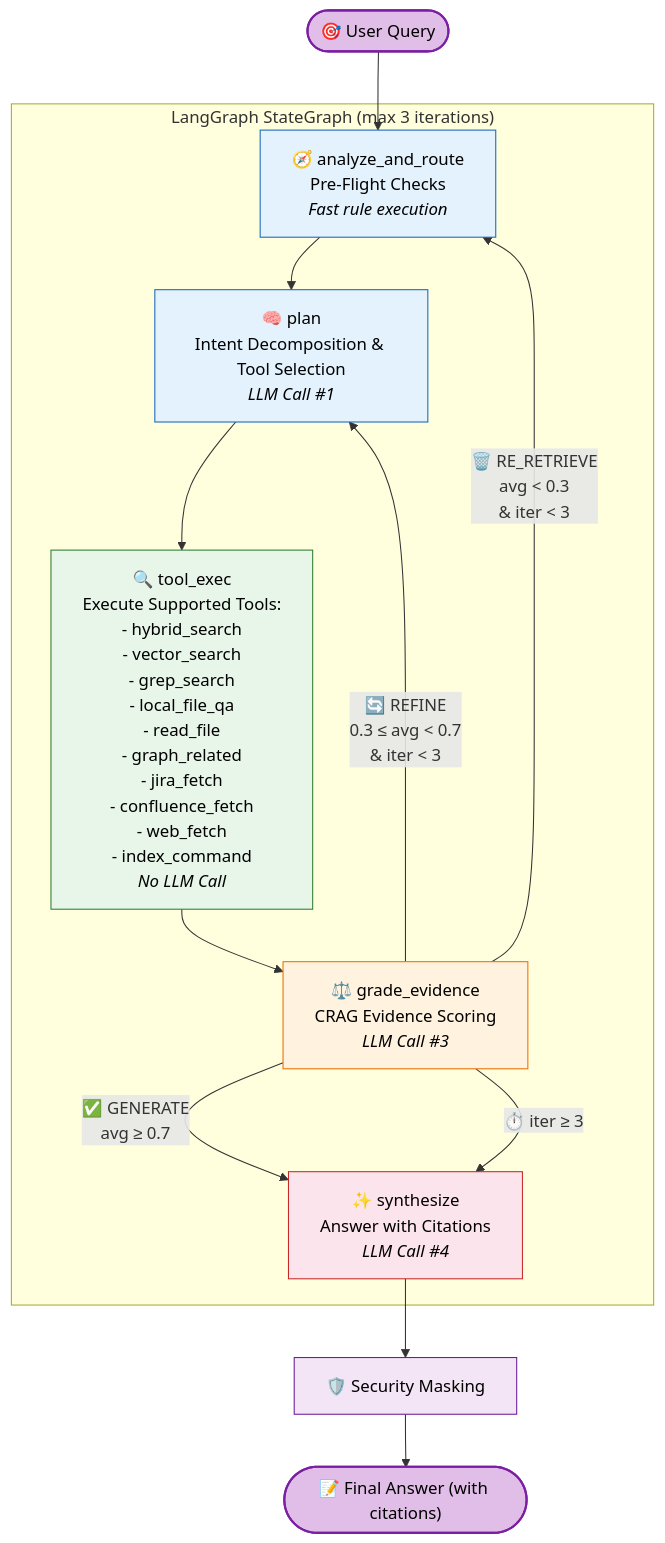
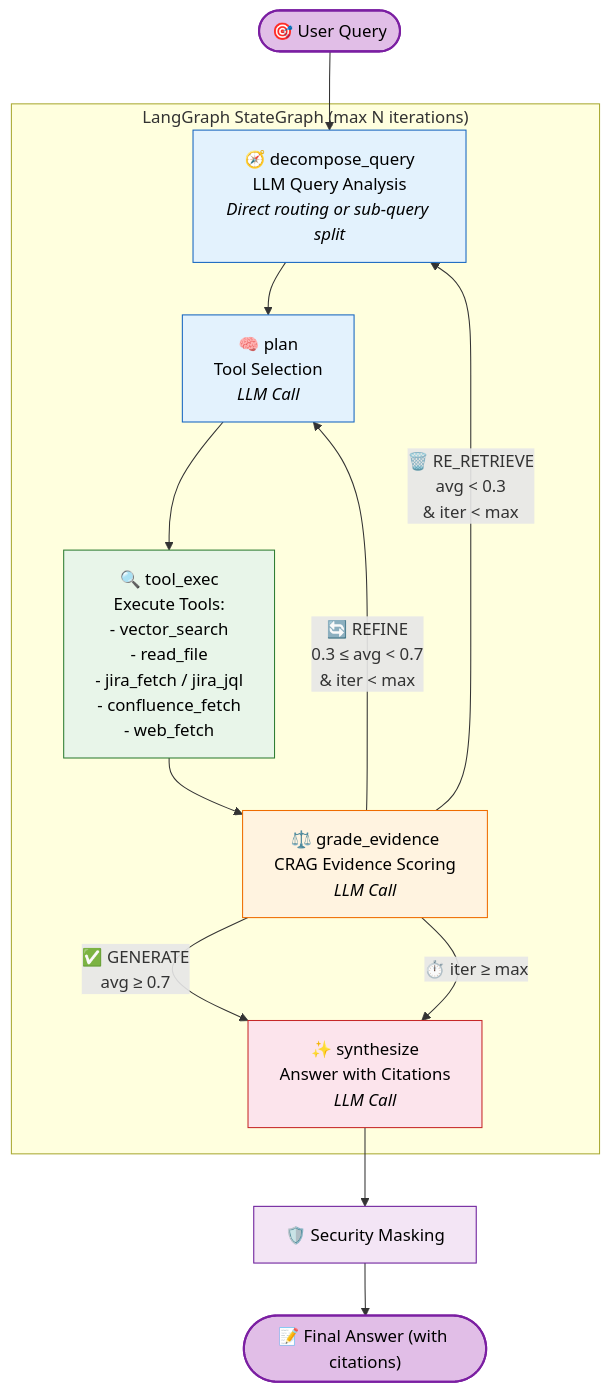
The diagram in README.md (coin1860/kb-agent), drawn with Mermaid before and after one commit. The commit also changed other lines of this file, not shown here.

````diff
--- a/README.md
+++ b/README.md
@@ -83,32 +82,32 @@
 ```mermaid
 graph TD
-    Start(["🎯 User Query"]) --> Analyze
+    Start(["🎯 User Query"]) --> Decompose
 
-    subgraph "LangGraph StateGraph (max 3 iterations)"
-        Analyze["🧭 analyze_and_route<br/>Pre-Flight Checks<br/><i>Fast rule execution</i>"]
-        Plan["🧠 plan<br/>Intent Decomposition & Tool Selection<br/><i>LLM Call #1</i>"]
-        ToolExec["🔍 tool_exec<br/>Execute Supported Tools:<br/>- hybrid_search<br/>- vector_search<br/>- grep_search<br/>- local_file_qa<br/>- read_file<br/>- graph_related<br/>- jira_fetch<br/>- confluence_fetch<br/>- web_fetch<br/>- index_command<br/><i>No LLM Call</i>"]
-        Grade["⚖️ grade_evidence<br/>CRAG Evidence Scoring<br/><i>LLM Call #3</i>"]
-        Synth["✨ synthesize<br/>Answer with Citations<br/><i>LLM Call #4</i>"]
+    subgraph "LangGraph StateGraph (max N iterations)"
+        Decompose["🧭 decompose_query<br/>LLM Query Analysis<br/><i>Direct routing or sub-query split</i>"]
+        Plan["🧠 plan<br/>Tool Selection<br/><i>LLM Call</i>"]
+        ToolExec["🔍 tool_exec<br/>Execute Tools:<br/>- vector_search<br/>- read_file<br/>- jira_fetch / jira_jql<br/>- confluence_fetch<br/>- web_fetch"]
+        Grade["⚖️ grade_evidence<br/>CRAG Evidence Scoring<br/><i>LLM Call</i>"]
+        Synth["✨ synthesize<br/>Answer with Citations<br/><i>LLM Call</i>"]
 
-        Analyze --> Plan
+        Decompose --> Plan
         Plan --> ToolExec
         ToolExec --> Grade
         Grade -->|"✅ GENERATE<br/>avg ≥ 0.7"| Synth
-        Grade -->|"🔄 REFINE<br/>0.3 ≤ avg < 0.7<br/>& iter < 3"| Plan
-        Grade -->|"🗑️ RE_RETRIEVE<br/>avg < 0.3<br/>& iter < 3"| Analyze
-        Grade -->|"⏱️ iter ≥ 3"| Synth
+        Grade -->|"🔄 REFINE<br/>0.3 ≤ avg < 0.7<br/>& iter < max"| Plan
+        Grade -->|"🗑️ RE_RETRIEVE<br/>avg < 0.3<br/>& iter < max"| Decompose
+        Grade -->|"⏱️ iter ≥ max"| Synth
     end
 
     Synth --> Mask["🛡️ Security Masking"]
     Mask --> End(["📝 Final Answer (with citations)"])
 
     style Start fill:#e1bee7,stroke:#7b1fa2,stroke-width:2px,color:#000
     style End fill:#e1bee7,stroke:#7b1fa2,stroke-width:2px,color:#000
-    style Analyze fill:#e3f2fd,stroke:#1565c0,color:#000
+    style Decompose fill:#e3f2fd,stroke:#1565c0,color:#000
     style Plan fill:#e3f2fd,stroke:#1565c0,color:#000
     style ToolExec fill:#e8f5e9,stroke:#2e7d32,color:#000
     style Grade fill:#fff3e0,stroke:#ef6c00,color:#000
     style Synth fill:#fce4ec,stroke:#c62828,color:#000
     style Mask fill:#f3e5f5,stroke:#6a1b9a,color:#000
 ```
````
